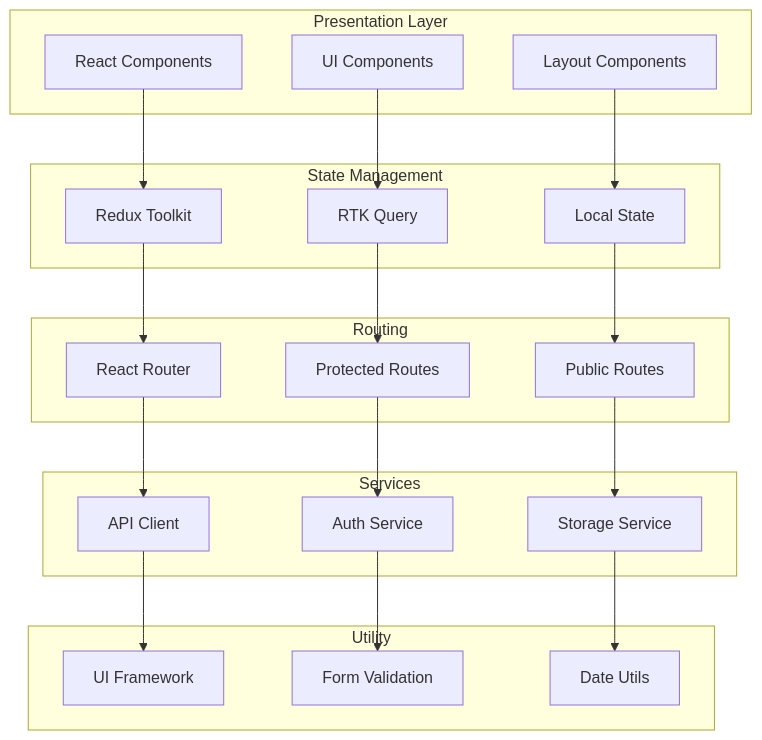
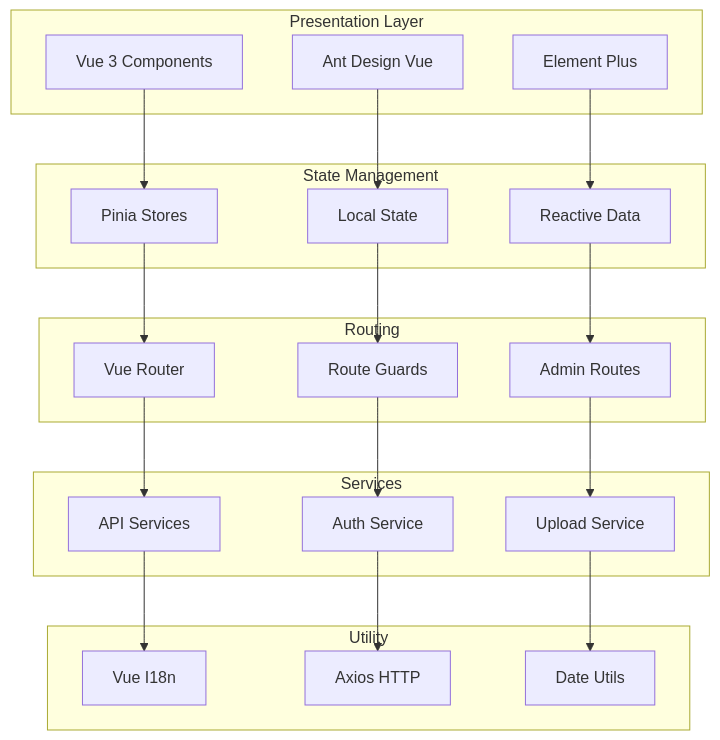
The diagram in README.md (SWE5006-Group-7/NUSHungry-Frontend), drawn with Mermaid before and after one commit. The commit also changed other lines of this file, not shown here.

````diff
--- a/README.md
+++ b/README.md
@@ -12,45 +12,45 @@
 ```mermaid
 graph TD
     subgraph "Presentation Layer"
-        A[React Components]
-        B[UI Components]
-        C[Layout Components]
+        A[Vue 3 Components]
+        B[Ant Design Vue]
+        C[Element Plus]
     end
 
     subgraph "State Management"
-        D[Redux Toolkit]
-        E[RTK Query]
-        F[Local State]
+        D[Pinia Stores]
+        E[Local State]
+        F[Reactive Data]
     end
 
     subgraph "Routing"
-        G[React Router]
-        H[Protected Routes]
-        I[Public Routes]
+        G[Vue Router]
+        H[Route Guards]
+        I[Admin Routes]
     end
 
     subgraph "Services"
-        J[API Client]
+        J[API Services]
         K[Auth Service]
-        L[Storage Service]
+        L[Upload Service]
     end
 
     subgraph "Utility"
-        M[UI Framework]
-        N[Form Validation]
+        M[Vue I18n]
+        N[Axios HTTP]
         O[Date Utils]
     end
 
     A --> D
     B --> E
     C --> F
     D --> G
     E --> H
     F --> I
     G --> J
     H --> K
     I --> L
     J --> M
     K --> N
     L --> O
 ```
````
